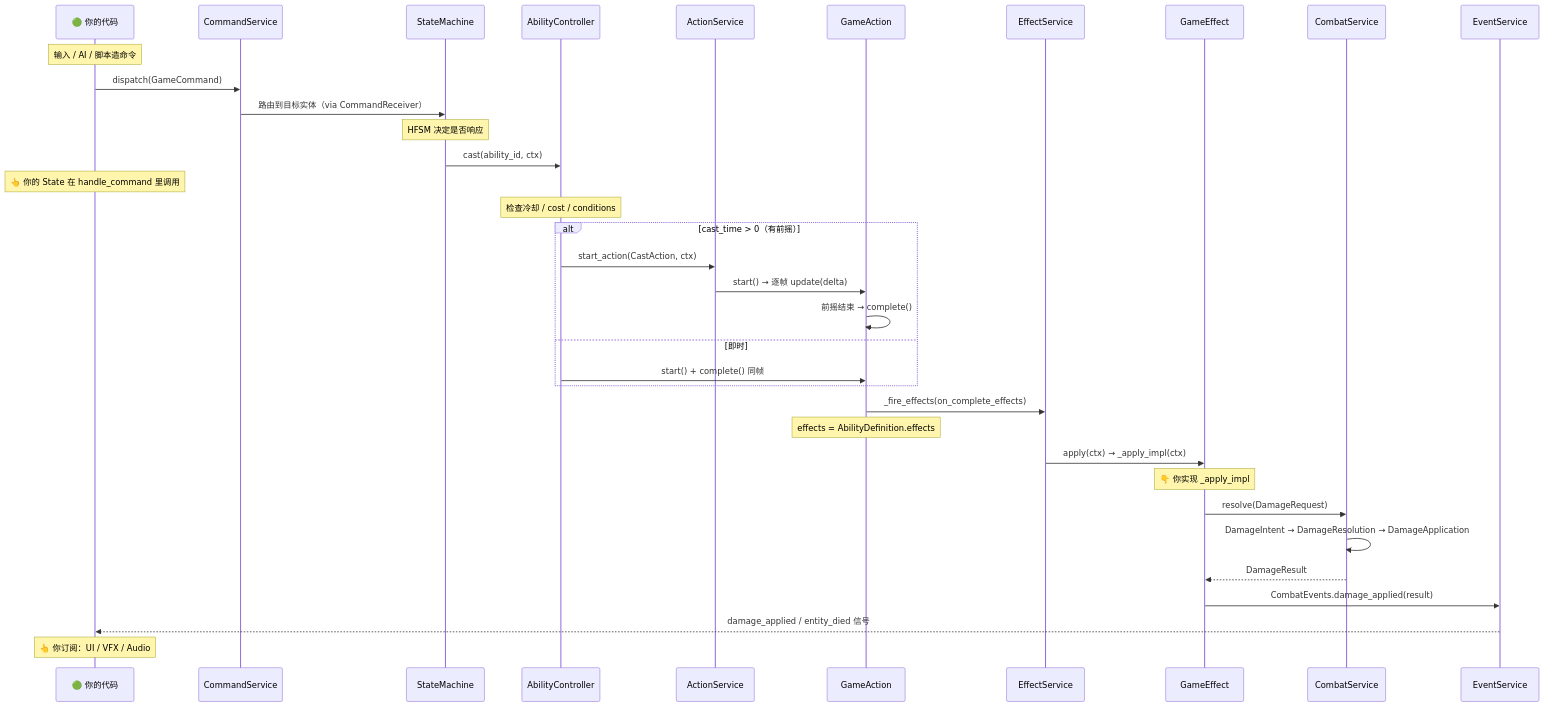
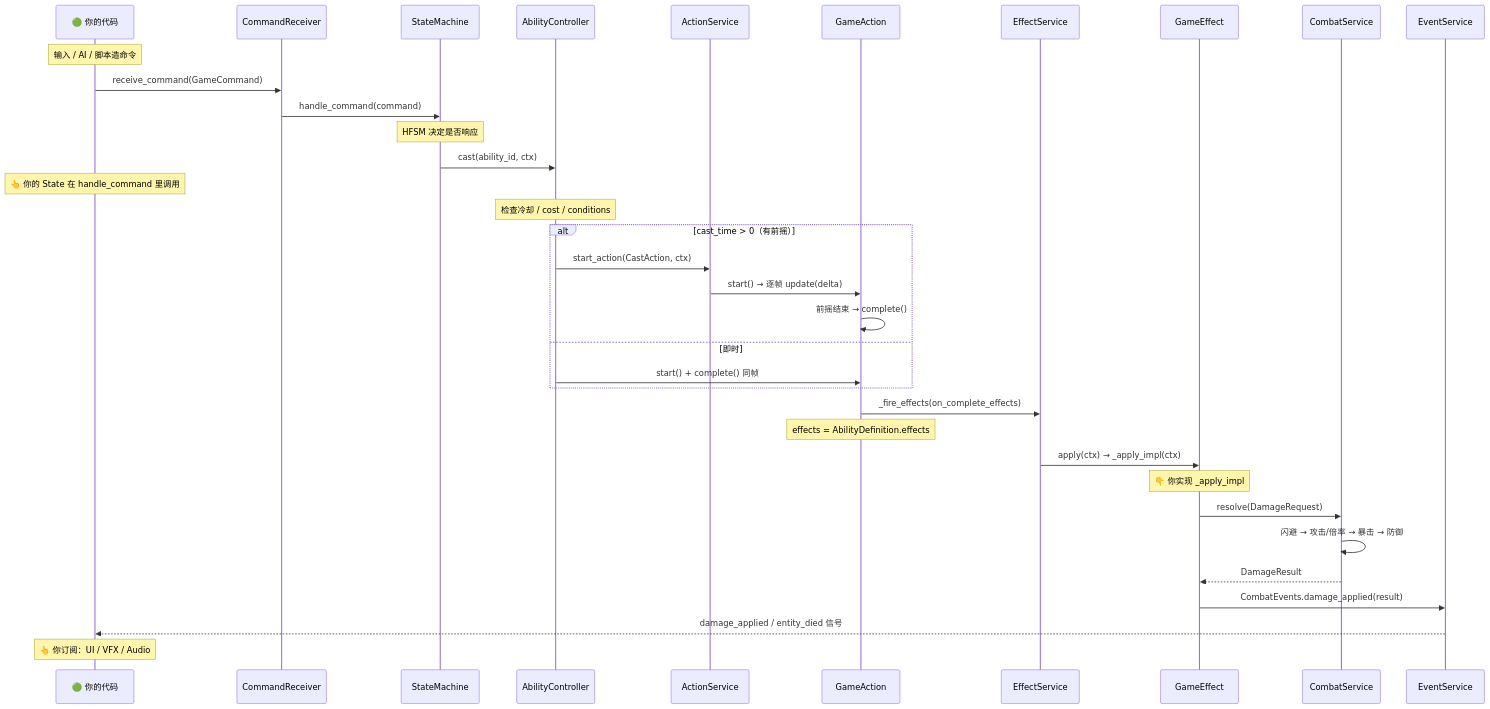
The third of 5 diagrams in docs/concepts.md (xiaofeiqiu/mkit), drawn with Mermaid before and after one commit. The commit also changed other lines of this file and 403 other files, not shown here.

````diff
--- a/docs/concepts.md
+++ b/docs/concepts.md
@@ -131,38 +127,38 @@
 ```mermaid
 sequenceDiagram
     participant You as 🟢 你的代码
-    participant CS as CommandService
+    participant CR as CommandReceiver
     participant SM as StateMachine
     participant AC as AbilityController
     participant AS as ActionService
     participant GA as GameAction
     participant ES as EffectService
     participant GE as GameEffect
     participant Combat as CombatService
     participant EV as EventService
 
     Note over You: 输入 / AI / 脚本造命令
-    You->>CS: dispatch(GameCommand)
-    CS->>SM: 路由到目标实体（via CommandReceiver）
+    You->>CR: receive_command(GameCommand)
+    CR->>SM: handle_command(command)
     Note over SM: HFSM 决定是否响应
     SM->>AC: cast(ability_id, ctx)
     Note over You: 👆 你的 State 在 handle_command 里调用
     Note over AC: 检查冷却 / cost / conditions
     alt cast_time > 0（有前摇）
         AC->>AS: start_action(CastAction, ctx)
         AS->>GA: start() → 逐帧 update(delta)
         GA->>GA: 前摇结束 → complete()
     else 即时
         AC->>GA: start() + complete() 同帧
     end
     GA->>ES: _fire_effects(on_complete_effects)
     Note over GA: effects = AbilityDefinition.effects
     ES->>GE: apply(ctx) → _apply_impl(ctx)
     Note over GE: 👇 你实现 _apply_impl
     GE->>Combat: resolve(DamageRequest)
-    Combat->>Combat: DamageIntent → DamageResolution → DamageApplication
+    Combat->>Combat: 闪避 → 攻击/倍率 → 暴击 → 防御
     Combat-->>GE: DamageResult
     GE->>EV: CombatEvents.damage_applied(result)
     EV-->>You: damage_applied / entity_died 信号
     Note over You: 👆 你订阅：UI / VFX / Audio
 ```
````
